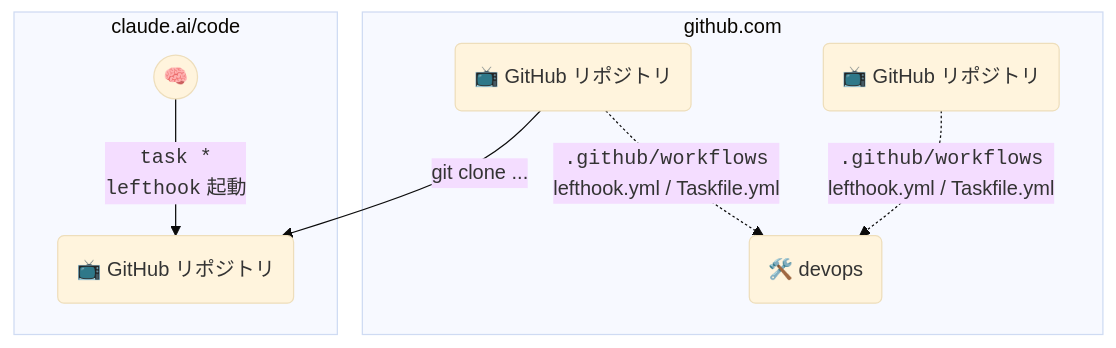
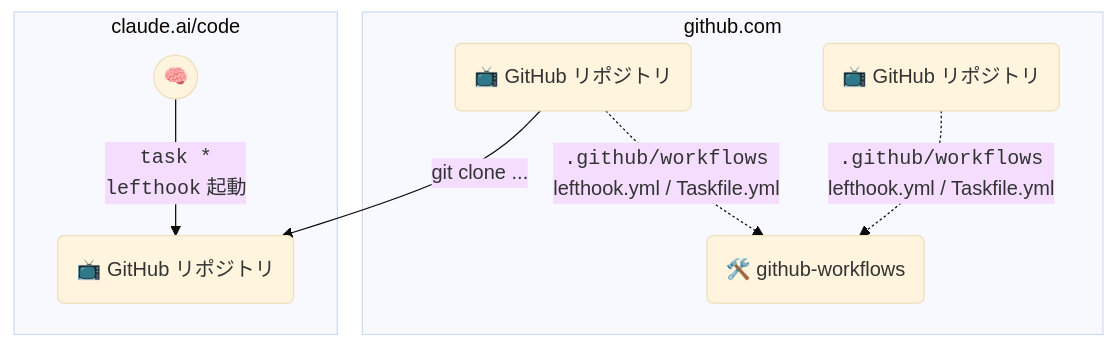
Before and after one commit to theindiehacker/devops: the first of 2 diagrams in README.md, drawn with Mermaid (base theme). The commit also changed other lines of this file and 11 other files, not shown here.

First line of the commit message:
chore: リポジトリ名を devops から github-workflows に戻す

````diff
--- a/README.md
+++ b/README.md
@@ -4,16 +4,16 @@
 ```mermaid
 graph TD;
     subgraph GitHub ["github.com"]
-        devops("🛠️ devops")
+        workflows("🛠️ github-workflows")
         other1("📺 GitHub リポジトリ")
         other2("📺 GitHub リポジトリ")
         
-        other1 & other2 -.->|<code>.github/workflows</code><br/>lefthook.yml / Taskfile.yml| devops
+        other1 & other2 -.->|<code>.github/workflows</code><br/>lefthook.yml / Taskfile.yml| workflows
     end
     
     subgraph claude ["claude.ai/code"]
         other1 -->|git clone ...| clone1("📺 GitHub リポジトリ")
         
         agent(("🧠")) -->|<code>task *</code><br/><code>lefthook</code> 起動| clone1
     end
 ```
````
